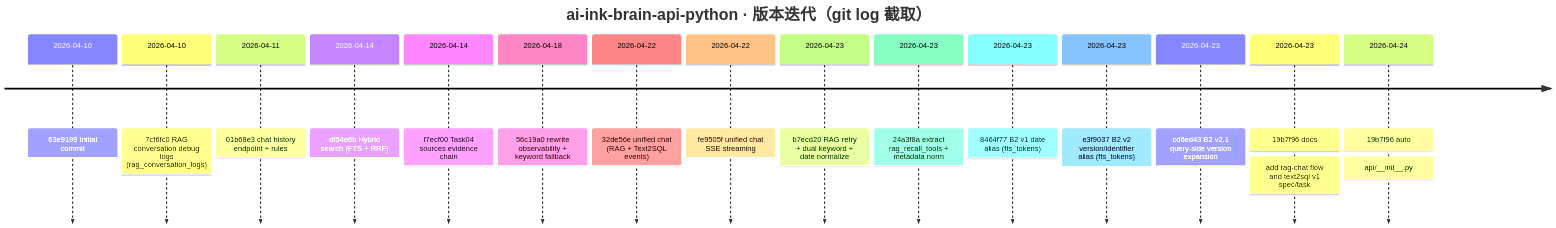
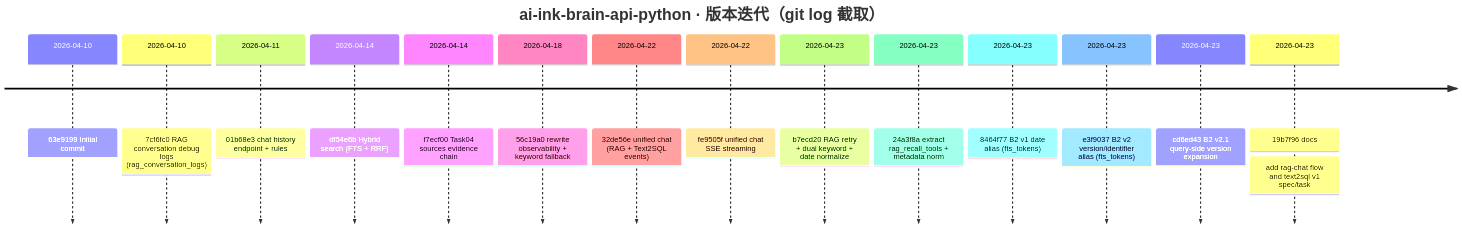
Before and after one commit to Cyning12/ai-ink-brain-api-python: the diagram in docs/_tech_graph/02_version.md, drawn with Mermaid.

Commit message:
docs: remove test entry from version timeline
Made-with: Kimi

````diff
--- a/docs/_tech_graph/02_version.md
+++ b/docs/_tech_graph/02_version.md
@@ -1,20 +1,19 @@
 ```mermaid
 timeline
   title ai-ink-brain-api-python · 版本迭代（git log 截取）
 
   2026-04-10 : 63e9199 Initial commit
   2026-04-10 : 7cf6fc0 RAG conversation debug logs (rag_conversation_logs)
   2026-04-11 : 01b68e3 chat history endpoint + rules
   2026-04-14 : df54e6b Hybrid search (FTS + RRF)
   2026-04-14 : f7ecf00 Task04 sources evidence chain
   2026-04-18 : 56c19a0 rewrite observability + keyword fallback
   2026-04-22 : 32de56e unified chat (RAG + Text2SQL events)
   2026-04-22 : fe9505f unified chat SSE streaming
   2026-04-23 : b7ecd20 RAG retry + dual keyword + date normalize
   2026-04-23 : 24a3f8a extract rag_recall_tools + metadata norm
   2026-04-23 : 8464f77 B2 v1 date alias (fts_tokens)
   2026-04-23 : e3f9037 B2 v2 version/identifier alias (fts_tokens)
   2026-04-23 : cd6ed43 B2 v2.1 query-side version expansion
   2026-04-23 : 19b7f96 docs: add rag-chat flow and text2sql v1 spec/task
-  2026-04-24 : 19b7f96 auto: api/__init__.py
 ```
````
